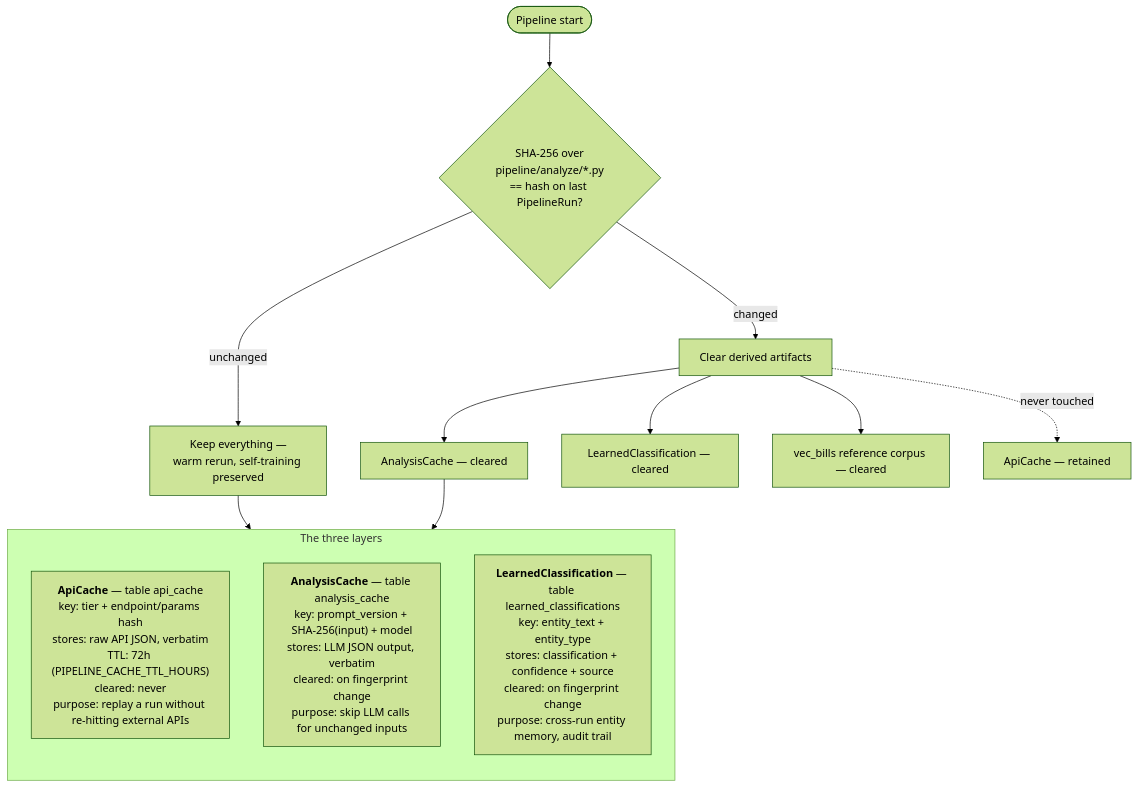
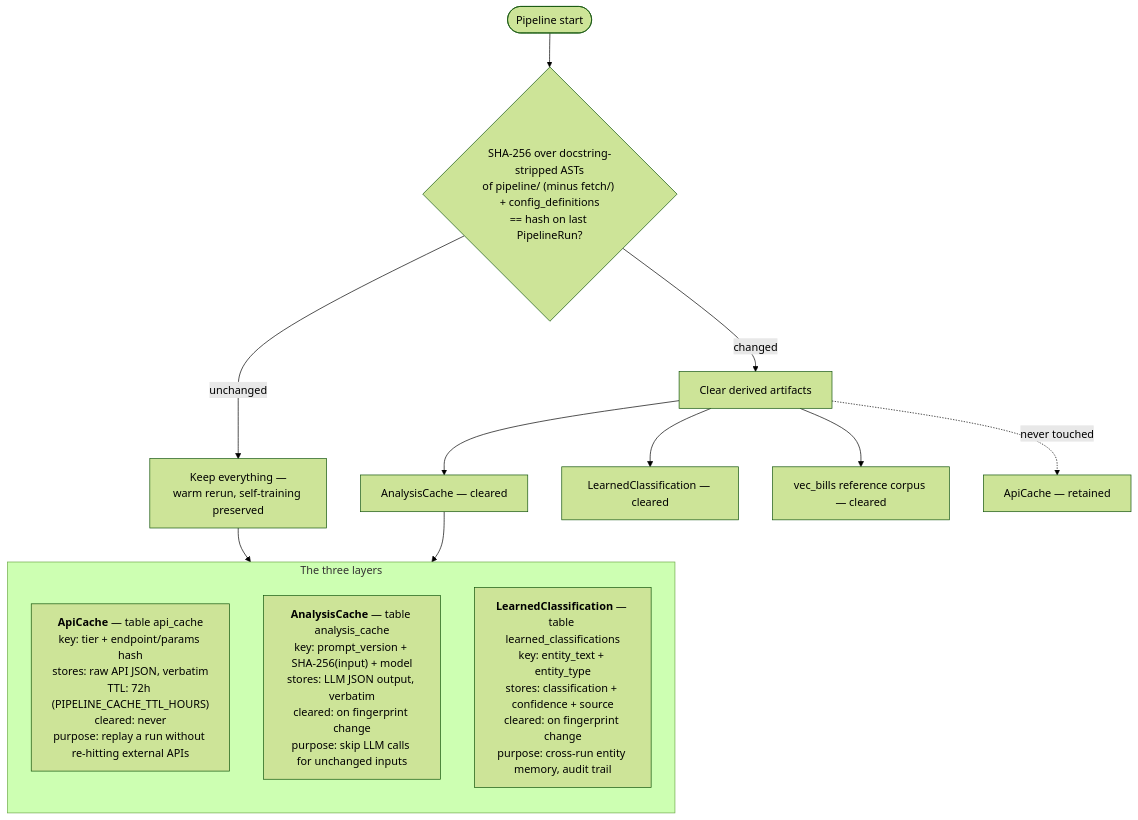
The diagram in docs/diagrams/06-caching.md (kamoras/civitas), drawn with Mermaid (forest theme) before and after one commit. The commit also changed 22 other files, not shown here.

````diff
--- a/docs/diagrams/06-caching.md
+++ b/docs/diagrams/06-caching.md
@@ -7,22 +7,22 @@
 ```mermaid
 flowchart TB
-    RUN(["Pipeline start"]) --> FP{"SHA-256 over<br/>pipeline/analyze/*.py<br/>== hash on last PipelineRun?"}
+    RUN(["Pipeline start"]) --> FP{"SHA-256 over docstring-stripped ASTs<br/>of pipeline/ (minus fetch/) + config_definitions<br/>== hash on last PipelineRun?"}
 
     FP -->|"unchanged"| KEEP["Keep everything —<br/>warm rerun, self-training preserved"]
     FP -->|"changed"| PURGE["Clear derived artifacts"]
 
     PURGE --> X1["AnalysisCache — cleared"]
     PURGE --> X2["LearnedClassification — cleared"]
     PURGE --> X3["vec_bills reference corpus — cleared"]
     PURGE -.->|"never touched"| X4["ApiCache — retained"]
 
     subgraph CACHES["The three layers"]
         direction TB
         API["<b>ApiCache</b> — table api_cache<br/>key: tier + endpoint/params hash<br/>stores: raw API JSON, verbatim<br/>TTL: 72h (PIPELINE_CACHE_TTL_HOURS)<br/>cleared: never<br/>purpose: replay a run without re-hitting external APIs"]
         ANA["<b>AnalysisCache</b> — table analysis_cache<br/>key: prompt_version + SHA-256(input) + model<br/>stores: LLM JSON output, verbatim<br/>cleared: on fingerprint change<br/>purpose: skip LLM calls for unchanged inputs"]
         LEARN["<b>LearnedClassification</b> — table learned_classifications<br/>key: entity_text + entity_type<br/>stores: classification + confidence + source<br/>cleared: on fingerprint change<br/>purpose: cross-run entity memory, audit trail"]
     end
 
     KEEP --> CACHES
     X1 --> CACHES
 ```
````
